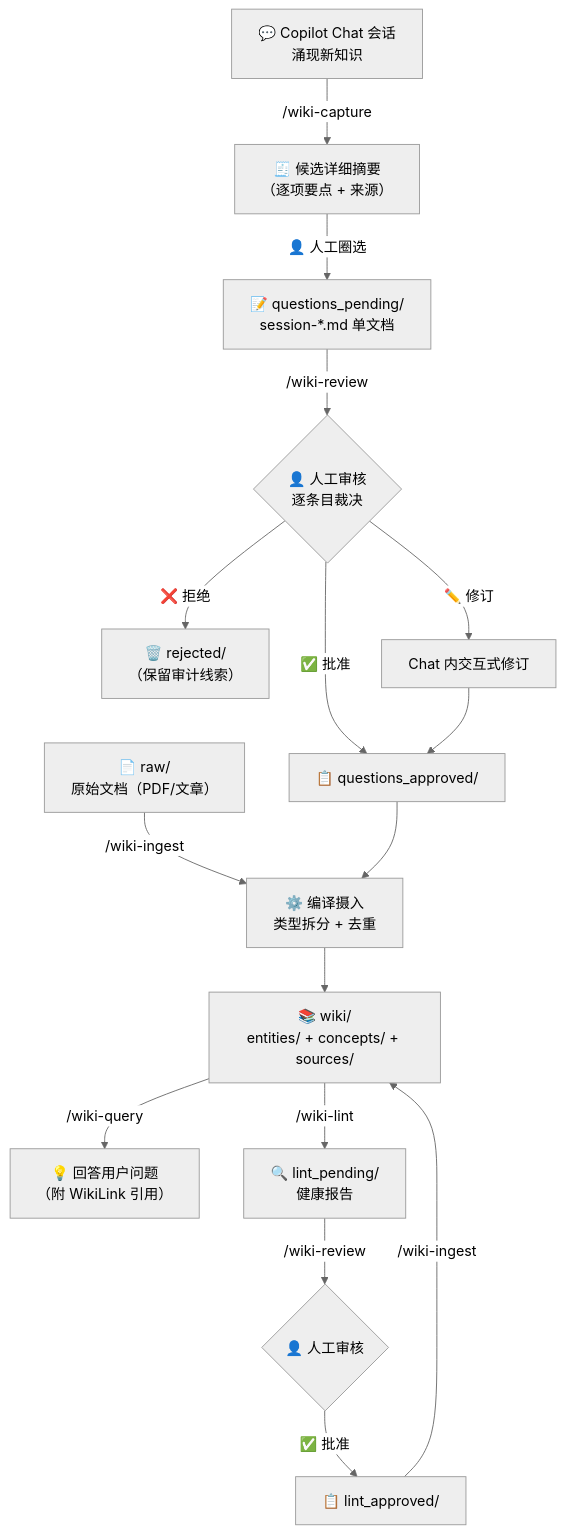
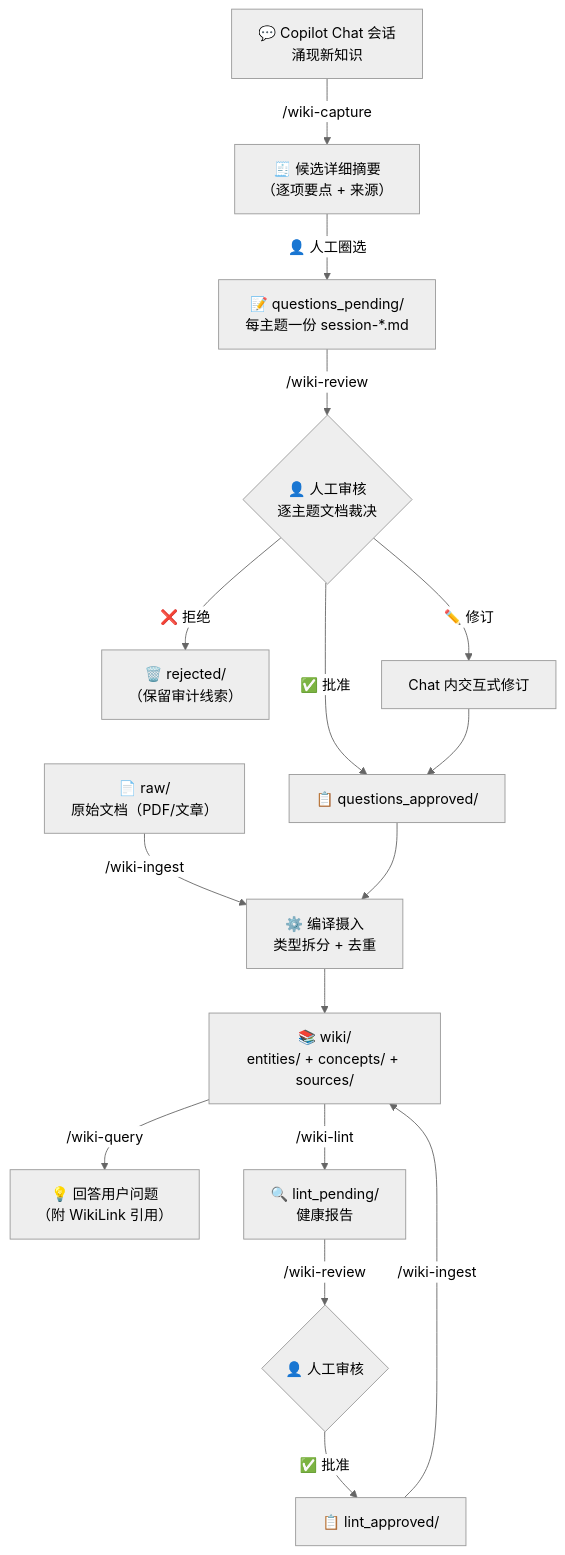
One commit to arawlin/awesome-copilot-x changed the diagram in plugins/llm-wiki/README.md. Above: the diagram before and after it, drawn with Mermaid (neutral theme). The commit also changed other lines of this file and 4 other files, not shown here.

````diff
--- a/plugins/llm-wiki/README.md
+++ b/plugins/llm-wiki/README.md
@@ -38,21 +38,21 @@
 ```mermaid
 flowchart TD
     A["💬 Copilot Chat 会话<br/>涌现新知识"] -->|"/wiki-capture"| S["🧾 候选详细摘要<br/>（逐项要点 + 来源）"]
-    S -->|"👤 人工圈选"| B["📝 questions_pending/<br/>session-*.md 单文档"]
-    B -->|"/wiki-review"| C{"👤 人工审核<br/>逐条目裁决"}
+    S -->|"👤 人工圈选"| B["📝 questions_pending/<br/>每主题一份 session-*.md"]
+    B -->|"/wiki-review"| C{"👤 人工审核<br/>逐主题文档裁决"}
     C -->|✅ 批准| D["📋 questions_approved/"]
     C -->|❌ 拒绝| E["🗑️ rejected/<br/>（保留审计线索）"]
     C -->|✏️ 修订| F["Chat 内交互式修订"]
     F --> D
 
     G["📄 raw/<br/>原始文档（PDF/文章）"] -->|"/wiki-ingest"| H["⚙️ 编译摄入<br/>类型拆分 + 去重"]
     D --> H
 
     H --> I["📚 wiki/<br/>entities/ + concepts/ + sources/"]
 
     I -->|"/wiki-query"| J["💡 回答用户问题<br/>（附 WikiLink 引用）"]
     I -->|"/wiki-lint"| K["🔍 lint_pending/<br/>健康报告"]
     K -->|"/wiki-review"| L{"👤 人工审核"}
     L -->|✅ 批准| M["📋 lint_approved/"]
     M -->|"/wiki-ingest"| I
 ```
````
